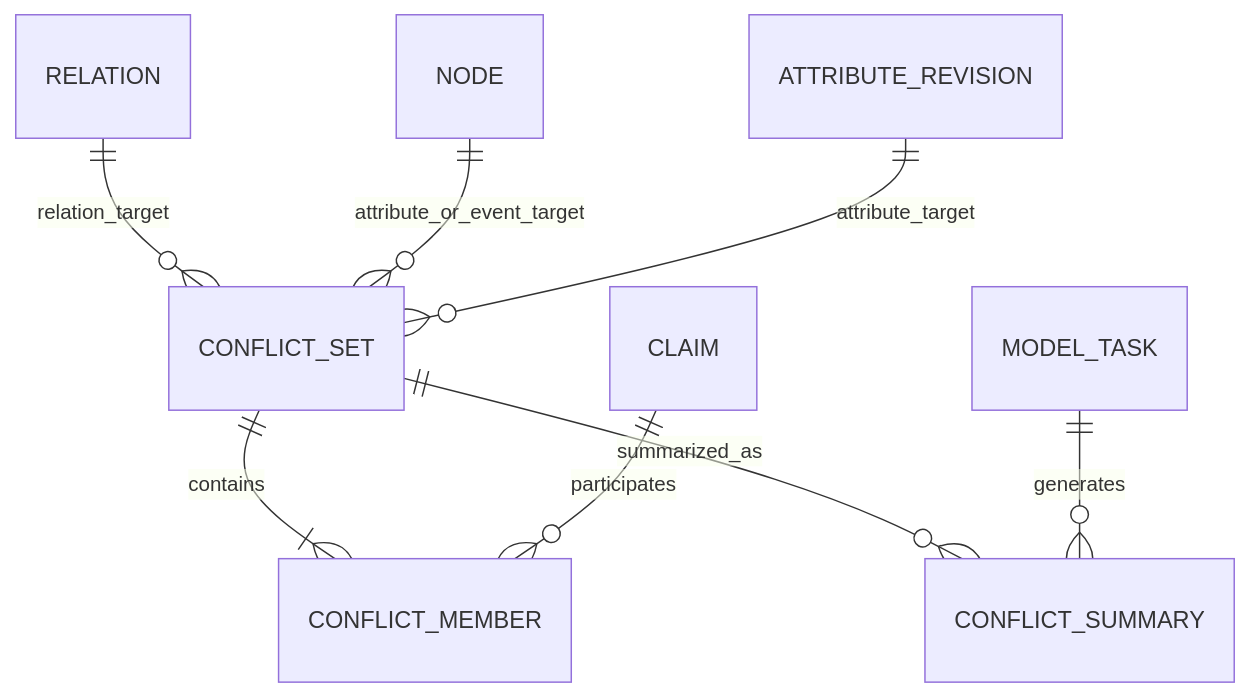
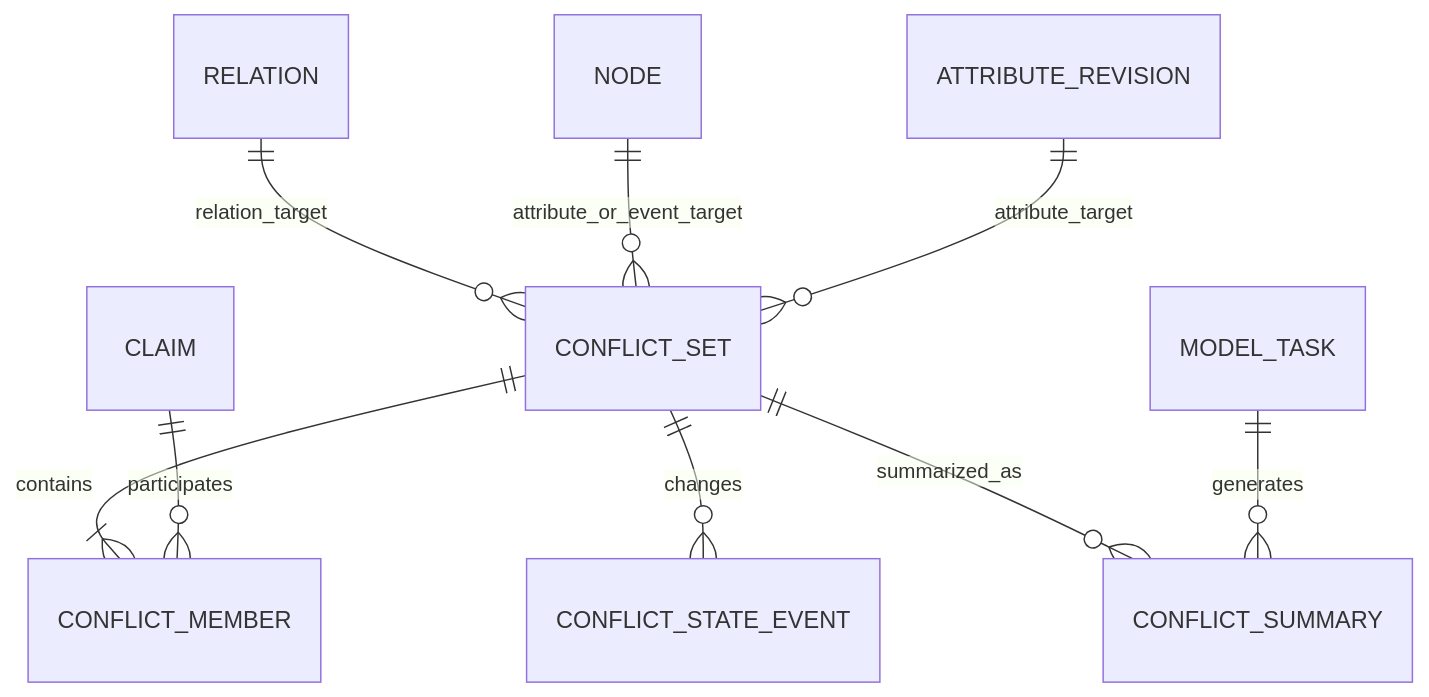
One commit to studylida/ontology-map changed the seventh of 9 diagrams in logical-data-schema.md. Above: the diagram before and after it, drawn with Mermaid. The commit also changed other lines of this file, not shown here.

Commit message:
docs: reconcile logical schema integrity

````diff
--- a/logical-data-schema.md
+++ b/logical-data-schema.md
@@ -198,10 +198,11 @@
 ```mermaid
 erDiagram
     RELATION ||--o{ CONFLICT_SET : relation_target
     NODE ||--o{ CONFLICT_SET : attribute_or_event_target
     ATTRIBUTE_REVISION ||--o{ CONFLICT_SET : attribute_target
     CONFLICT_SET ||--|{ CONFLICT_MEMBER : contains
     CLAIM ||--o{ CONFLICT_MEMBER : participates
+    CONFLICT_SET ||--o{ CONFLICT_STATE_EVENT : changes
     CONFLICT_SET ||--o{ CONFLICT_SUMMARY : summarized_as
     MODEL_TASK ||--o{ CONFLICT_SUMMARY : generates
 ```
````
